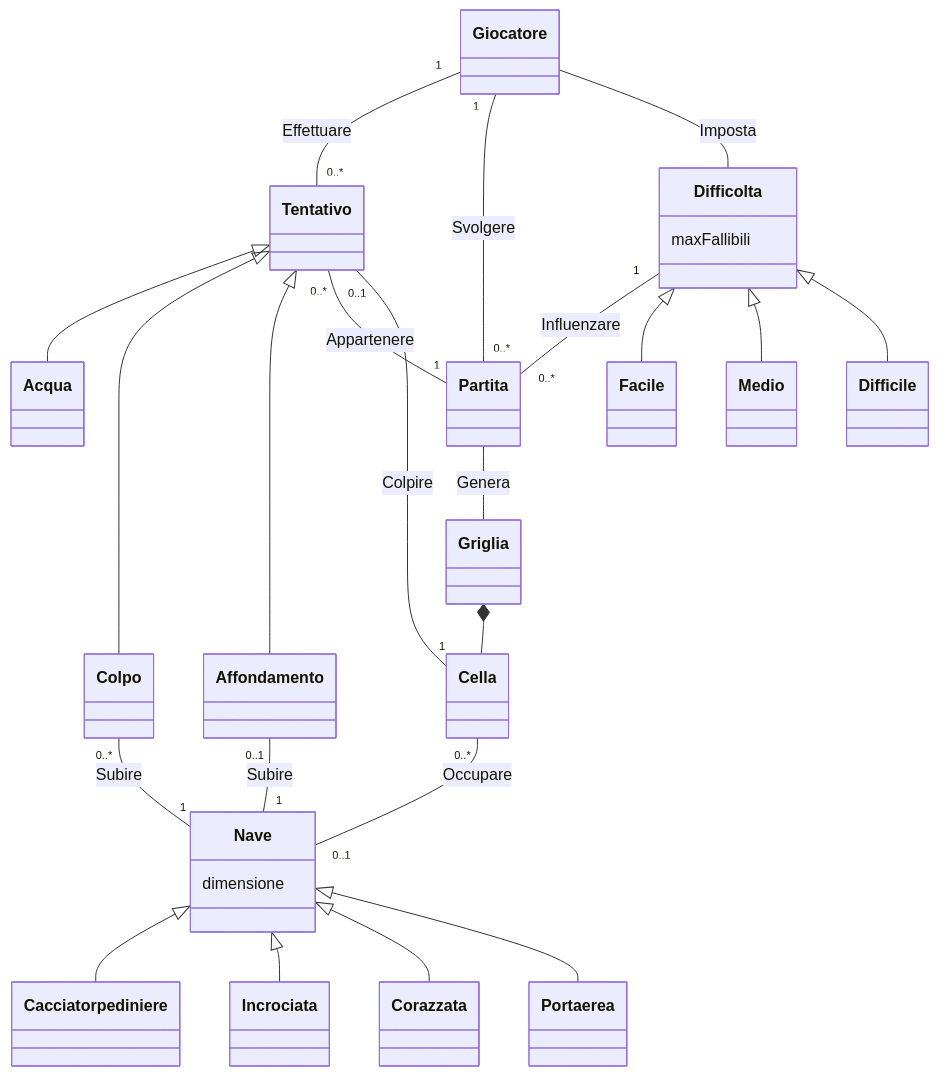
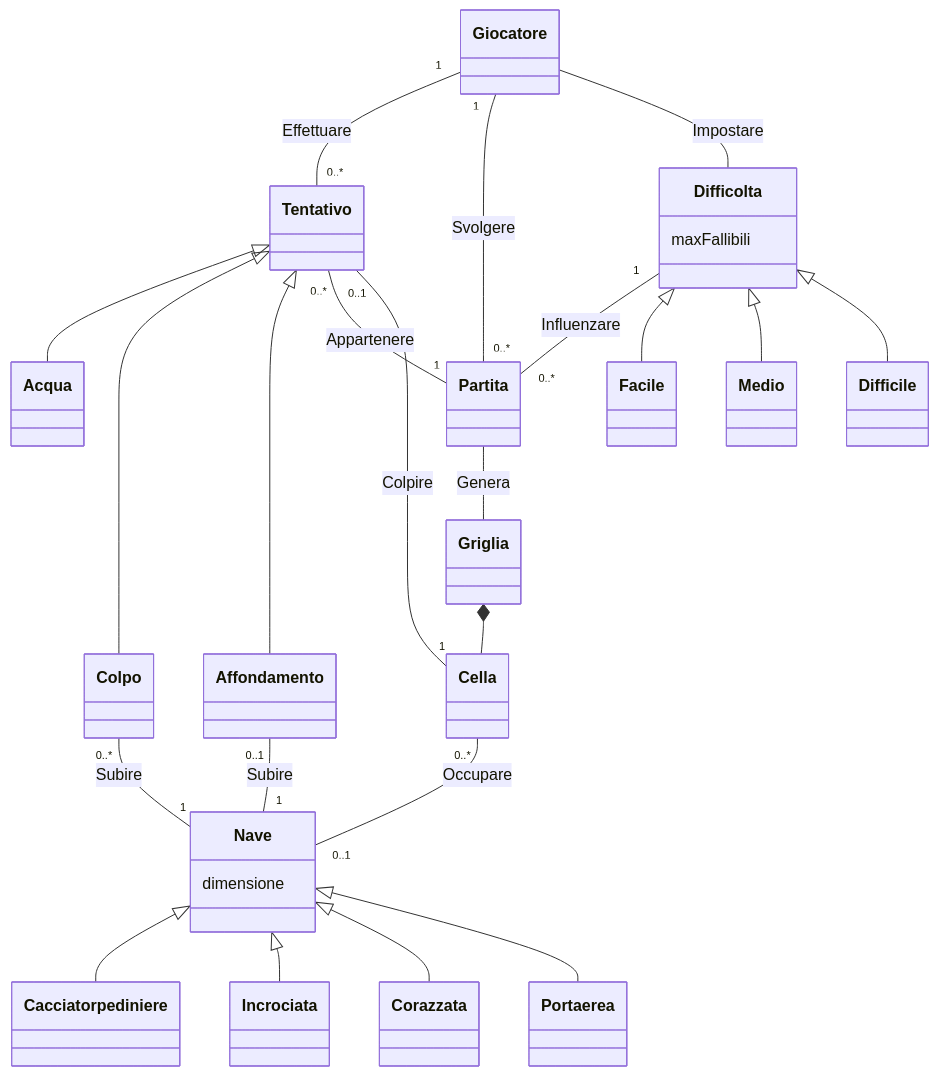
The diagram in docs/Report.md (softeng2223-inf-uniba/progetto2223-thacker), drawn with Mermaid before and after one commit.

Commit message:
Aggiornata l'etichetta dell'associazione tra Giocatore e Difficoltà

````diff
--- a/docs/Report.md
+++ b/docs/Report.md
@@ -7,41 +7,41 @@
 ```mermaid
     
     classDiagram
         
         Giocatore "1" -- "0..*" Tentativo : Effettuare
         Giocatore "1" -- "0..*" Partita : Svolgere
-        Giocatore -- Difficolta : Imposta
+        Giocatore -- Difficolta : Impostare
 
         Difficolta "1" -- "0..*" Partita : Influenzare
         Difficolta <|-- Facile
         Difficolta <|-- Medio
         Difficolta <|-- Difficile 
 
         Nave <|-- Cacciatorpediniere
         Nave <|-- Incrociata
         Nave <|-- Corazzata
         Nave <|-- Portaerea
         
         Tentativo <|-- Acqua
         Tentativo <|-- Colpo
         Tentativo <|-- Affondamento
         Tentativo "0..*" -- "1" Partita : Appartenere
         Tentativo "0..1" -- "1" Cella : Colpire
 
         Griglia *-- Cella
         Partita -- Griglia : Genera
         Cella "0..*" -- "0..1" Nave : Occupare
         Colpo "0..*" -- "1" Nave : Subire
         Affondamento "0..1" -- "1" Nave : Subire
 
 
         class Nave{
             dimensione
         }
 
         class Difficolta{
             maxFallibili
         }
 
 
 ```
````
